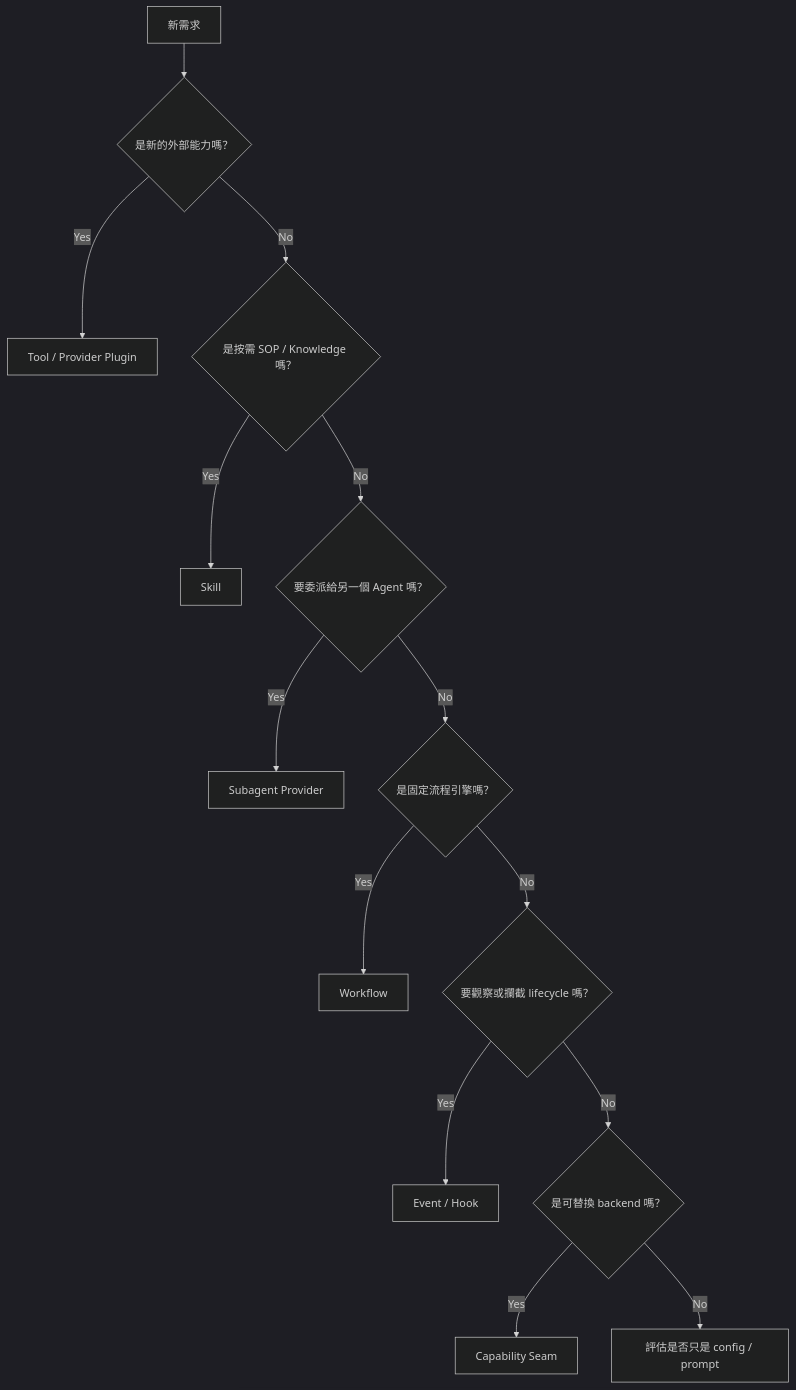
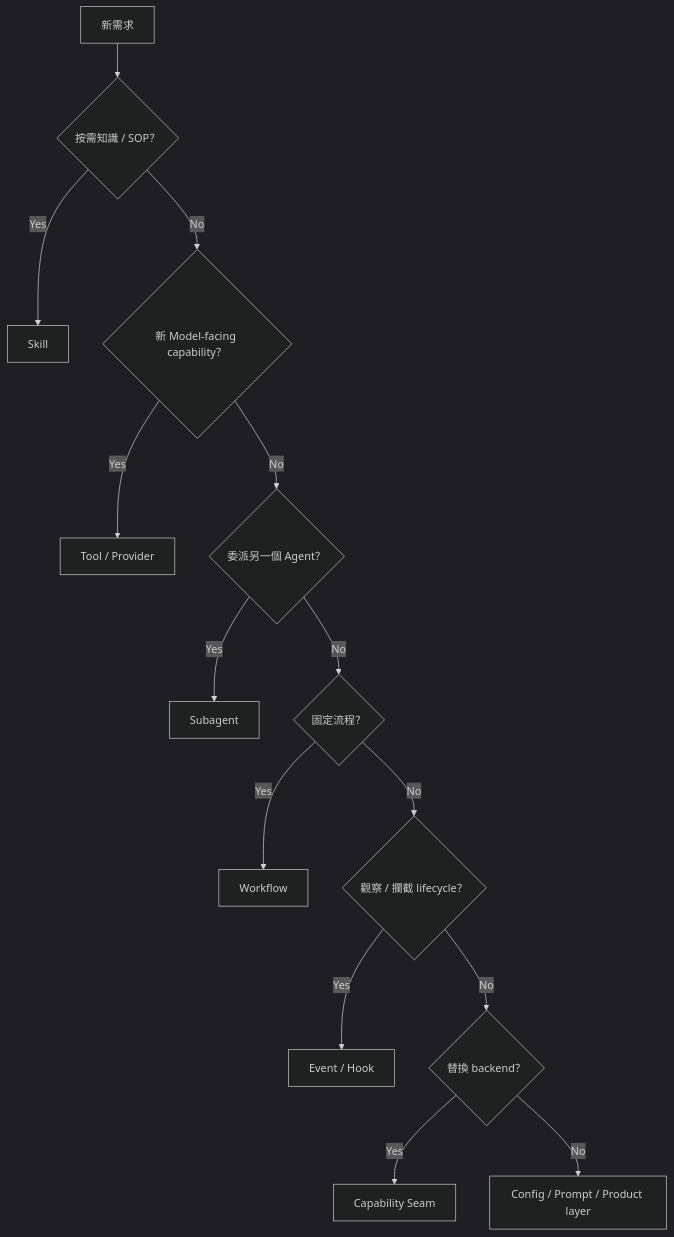
The fourth of 4 diagrams in docs/deepseek/models-skills-and-extensions.md (indigofeather/harness-book), drawn with Mermaid (dark theme) before and after one commit. The commit also changed other lines of this file and 48 other files, not shown here.

````diff
--- a/docs/deepseek/models-skills-and-extensions.md
+++ b/docs/deepseek/models-skills-and-extensions.md
@@ -297,16 +167,16 @@
 ```mermaid
 flowchart TD
-  Q[新需求] --> A{是新的外部能力嗎？}
-  A -->|Yes| T[Tool / Provider Plugin]
-  A -->|No| B{是按需 SOP / Knowledge 嗎？}
-  B -->|Yes| S[Skill]
-  B -->|No| C{要委派給另一個 Agent 嗎？}
-  C -->|Yes| SA[Subagent Provider]
-  C -->|No| D{是固定流程引擎嗎？}
+  Q[新需求] --> A{按需知識 / SOP？}
+  A -->|Yes| S[Skill]
+  A -->|No| B{新 Model-facing capability？}
+  B -->|Yes| T[Tool / Provider]
+  B -->|No| C{委派另一個 Agent？}
+  C -->|Yes| SA[Subagent]
+  C -->|No| D{固定流程？}
   D -->|Yes| W[Workflow]
-  D -->|No| E{要觀察或攔截 lifecycle 嗎？}
+  D -->|No| E{觀察 / 攔截 lifecycle？}
   E -->|Yes| H[Event / Hook]
-  E -->|No| F{是可替換 backend 嗎？}
+  E -->|No| F{替換 backend？}
   F -->|Yes| P[Capability Seam]
-  F -->|No| X[評估是否只是 config / prompt]
+  F -->|No| X[Config / Prompt / Product layer]
 ```
````
